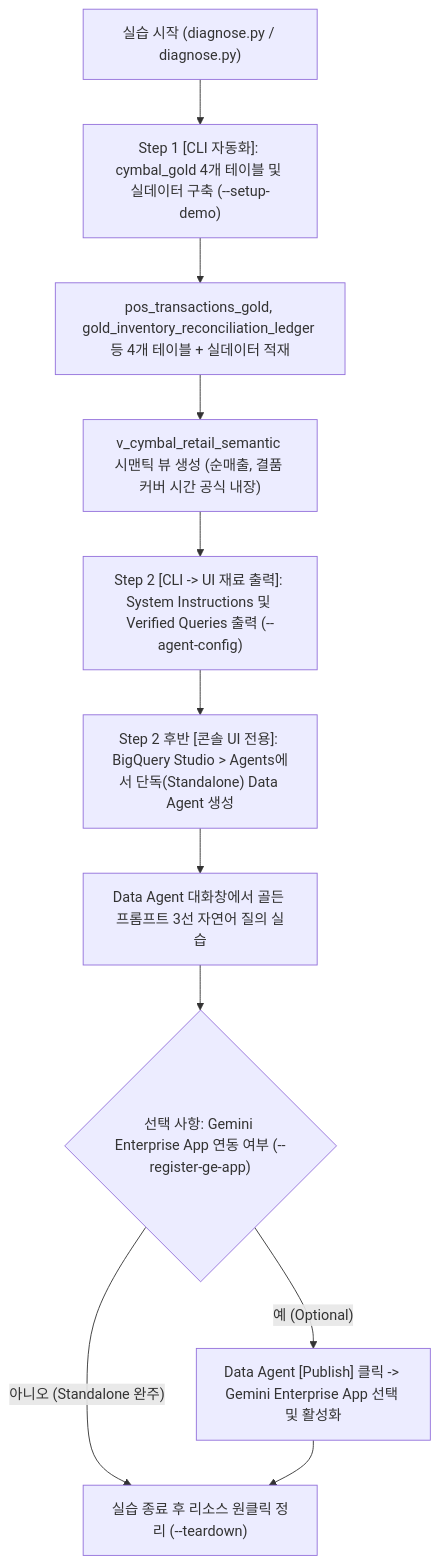
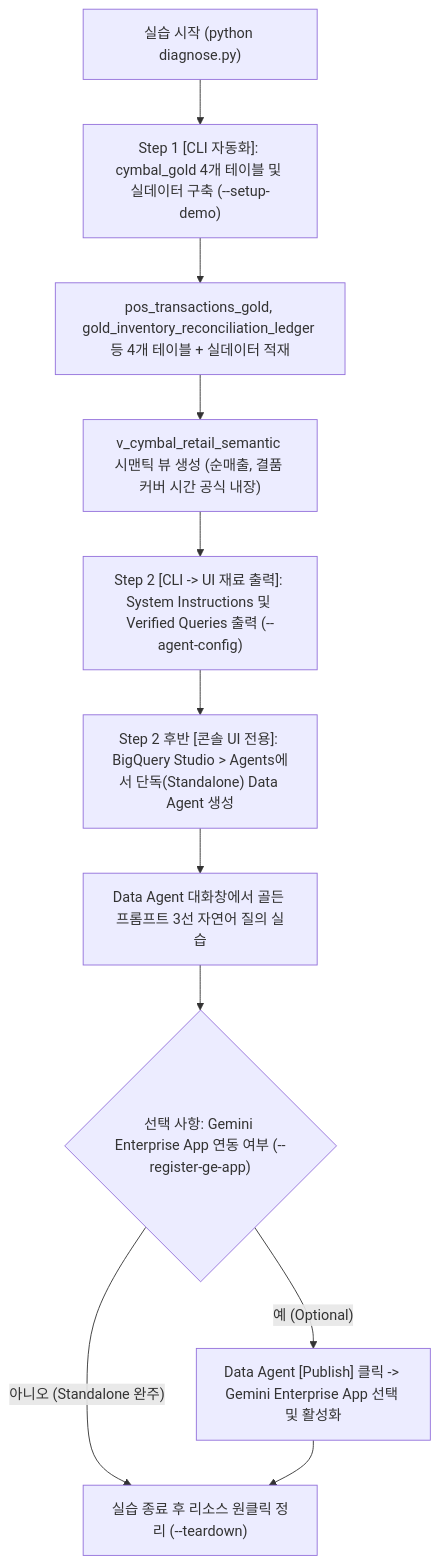
One commit to jiangjun-forge/google-cloud-0-to-1 changed the diagram in samples/bigquery-data-agent-starter/README.md. Above: the diagram before and after it, drawn with Mermaid. The commit also changed other lines of this file and 193 other files, not shown here.

````diff
--- a/samples/bigquery-data-agent-starter/README.md
+++ b/samples/bigquery-data-agent-starter/README.md
@@ -39,13 +39,13 @@
 ```mermaid
 flowchart TD
-    A["실습 시작 (diagnose.py / diagnose.py)"] --> B["Step 1 [CLI 자동화]: cymbal_gold 4개 테이블 및 실데이터 구축 (--setup-demo)"]
+    A["실습 시작 (python diagnose.py)"] --> B["Step 1 [CLI 자동화]: cymbal_gold 4개 테이블 및 실데이터 구축 (--setup-demo)"]
     B --> C["pos_transactions_gold, gold_inventory_reconciliation_ledger 등 4개 테이블 + 실데이터 적재"]
     C --> D["v_cymbal_retail_semantic 시맨틱 뷰 생성 (순매출, 결품 커버 시간 공식 내장)"]
     D --> E["Step 2 [CLI -> UI 재료 출력]: System Instructions 및 Verified Queries 출력 (--agent-config)"]
     E --> F["Step 2 후반 [콘솔 UI 전용]: BigQuery Studio > Agents에서 단독(Standalone) Data Agent 생성"]
     F --> G["Data Agent 대화창에서 골든 프롬프트 3선 자연어 질의 실습"]
     G --> H{"선택 사항: Gemini Enterprise App 연동 여부 (--register-ge-app)"}
     H -- "예 (Optional)" --> I["Data Agent [Publish] 클릭 -> Gemini Enterprise App 선택 및 활성화"]
     H -- "아니오 (Standalone 완주)" --> J["실습 종료 후 리소스 원클릭 정리 (--teardown)"]
     I --> J
 ```
````
